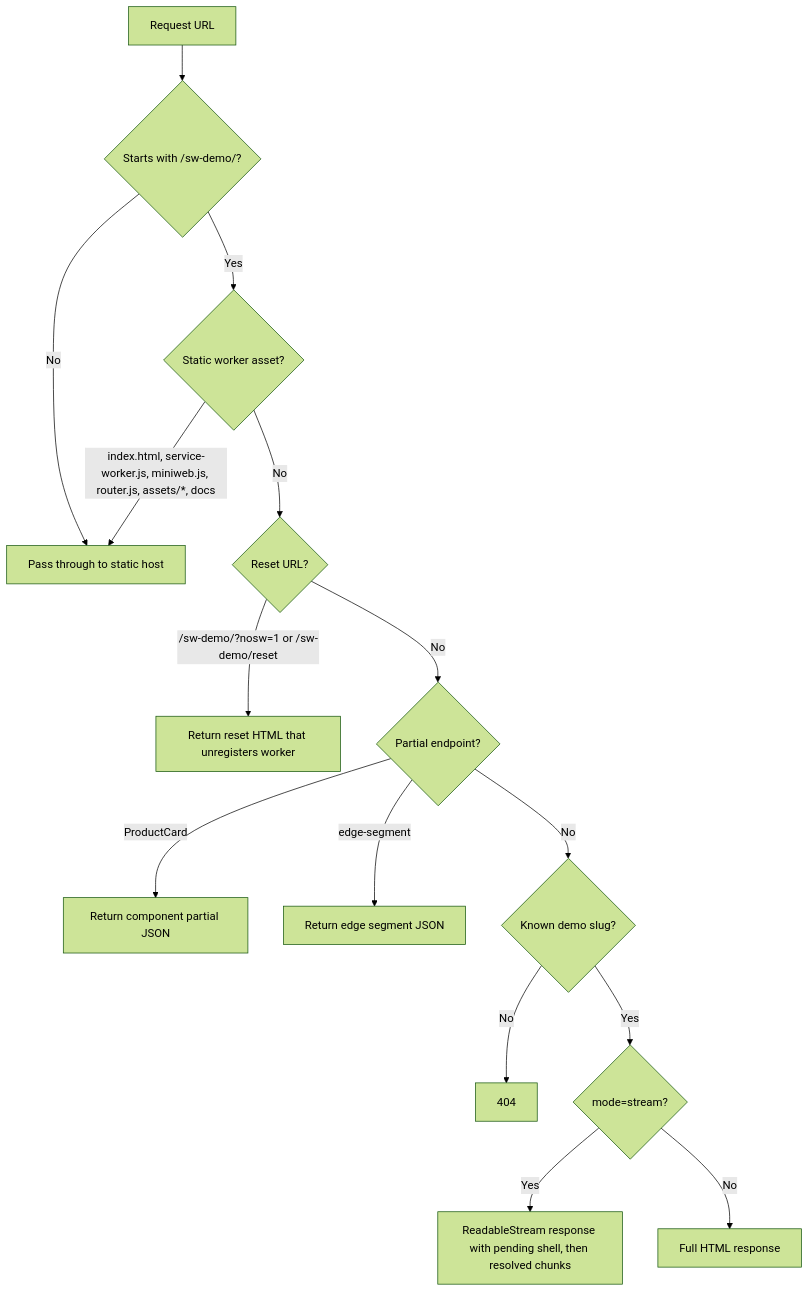
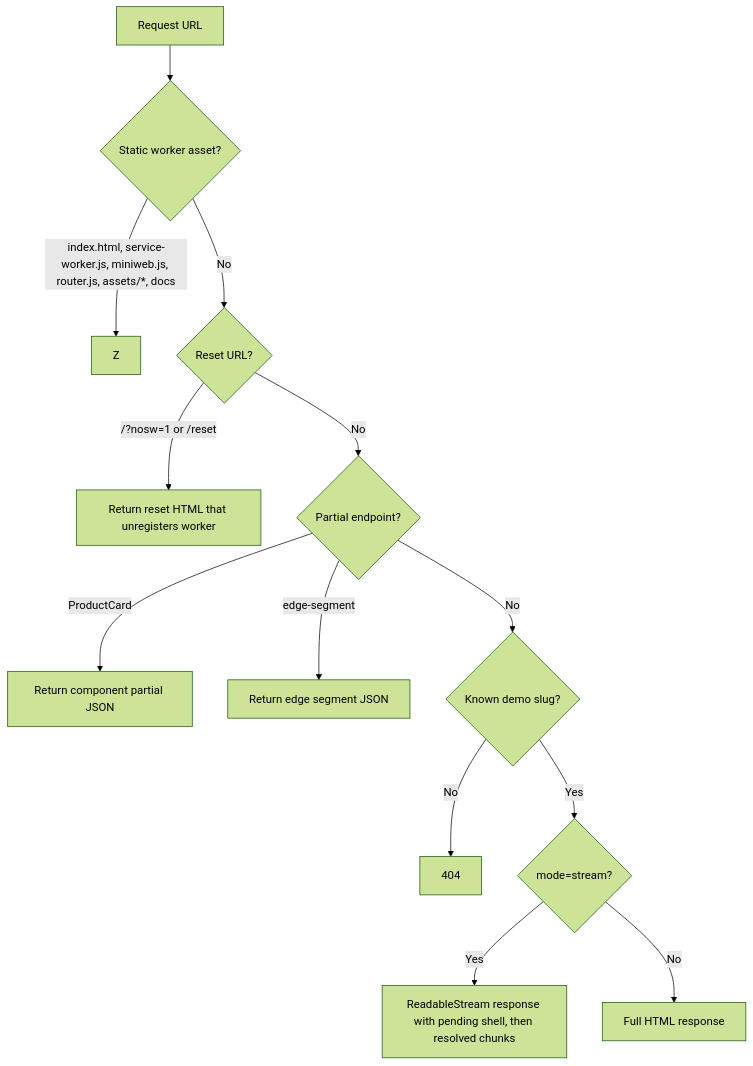
Before and after one commit to PatrickJS/async-framework-demo: the second of 3 diagrams in src/browser/backend-emulation.md, drawn with Mermaid (forest theme). The commit also changed other lines of this file and 11 other files, not shown here.

````diff
--- a/src/browser/backend-emulation.md
+++ b/src/browser/backend-emulation.md
@@ -51,17 +51,15 @@
 ```mermaid
 flowchart TD
-  A["Request URL"] --> B{"Starts with /sw-demo/?"}
-  B -- "No" --> Z["Pass through to static host"]
-  B -- "Yes" --> C{"Static worker asset?"}
+  A["Request URL"] --> C{"Static worker asset?"}
   C -- "index.html, service-worker.js, miniweb.js, router.js, assets/*, docs" --> Z
   C -- "No" --> D{"Reset URL?"}
-  D -- "/sw-demo/?nosw=1 or /sw-demo/reset" --> E["Return reset HTML that unregisters worker"]
+  D -- "/?nosw=1 or /reset" --> E["Return reset HTML that unregisters worker"]
   D -- "No" --> F{"Partial endpoint?"}
   F -- "ProductCard" --> G["Return component partial JSON"]
   F -- "edge-segment" --> H["Return edge segment JSON"]
   F -- "No" --> I{"Known demo slug?"}
   I -- "No" --> J["404"]
   I -- "Yes" --> K{"mode=stream?"}
   K -- "Yes" --> L["ReadableStream response with pending shell, then resolved chunks"]
   K -- "No" --> M["Full HTML response"]
 ```
````
